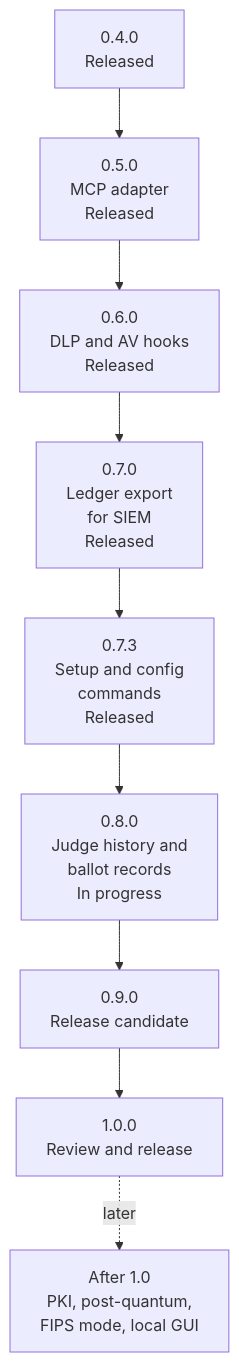
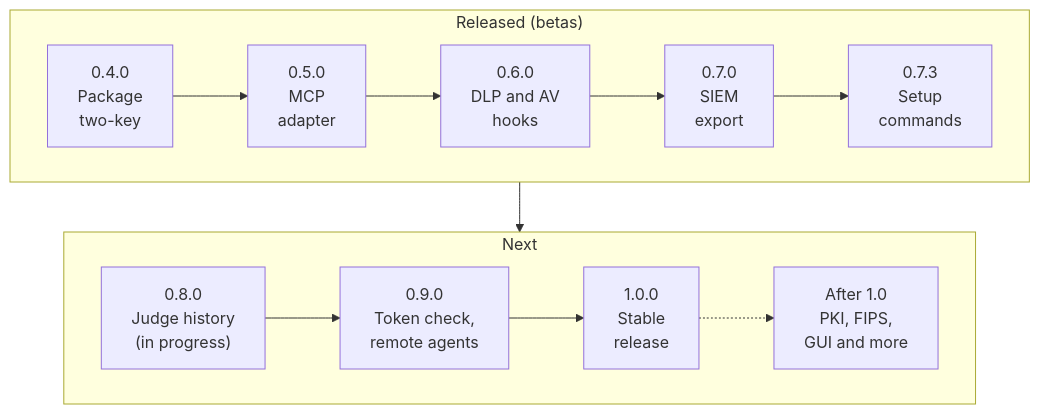
The diagram in ROADMAP.md (Insomniac-VibeLabs/two-key), drawn with Mermaid before and after one commit. The commit also changed other lines of this file and 2 other files, not shown here.

First line of the commit message:
Roadmap diagrams in two rows that fit; 0.9.0 the last beta, 1.0.0 the first stable release

````diff
--- a/ROADMAP.md
+++ b/ROADMAP.md
@@ -42,11 +42,12 @@
 ```mermaid
 flowchart TD
-  r04["0.4.0<br/>Released"] --> r05["0.5.0<br/>MCP adapter<br/>Released"]
-  r05 --> r06["0.6.0<br/>DLP and AV hooks<br/>Released"]
-  r06 --> r07["0.7.0<br/>Ledger export<br/>for SIEM<br/>Released"]
-  r07 --> r073["0.7.3<br/>Setup and config<br/>commands<br/>Released"]
-  r073 --> r08["0.8.0<br/>Judge history and<br/>ballot records<br/>In progress"]
-  r08 --> r09["0.9.0<br/>Release candidate"]
-  r09 --> r10["1.0.0<br/>Review and release"]
-  r10 -. "later" .-> after["After 1.0<br/>PKI, post-quantum,<br/>FIPS mode, local GUI"]
+  subgraph done["Released (betas)"]
+    direction LR
+    r04["0.4.0<br/>Package<br/>two-key"] --> r05["0.5.0<br/>MCP<br/>adapter"] --> r06["0.6.0<br/>DLP and AV<br/>hooks"] --> r07["0.7.0<br/>SIEM<br/>export"] --> r073["0.7.3<br/>Setup<br/>commands"]
+  end
+  subgraph next["Next"]
+    direction LR
+    r08["0.8.0<br/>Judge history<br/>(in progress)"] --> r09["0.9.0<br/>Token check,<br/>remote agents"] --> r10["1.0.0<br/>Stable<br/>release"] -.-> after["After 1.0<br/>PKI, FIPS,<br/>GUI and more"]
+  end
+  done --> next
 ```
````
